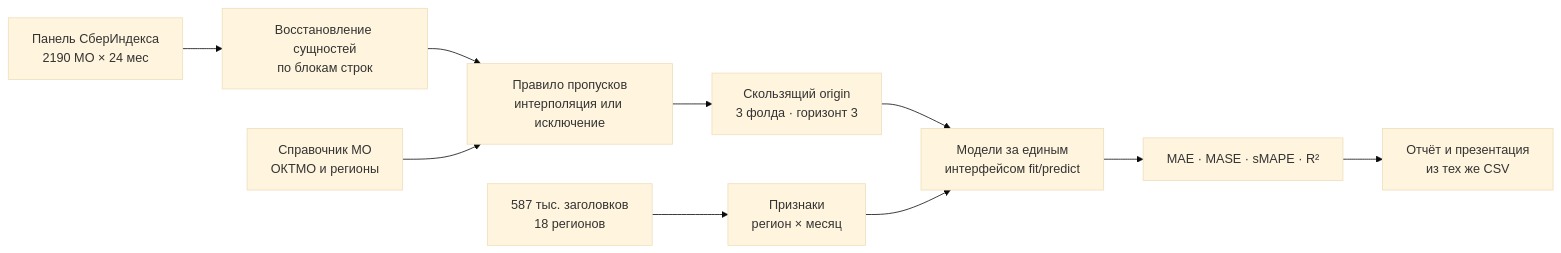
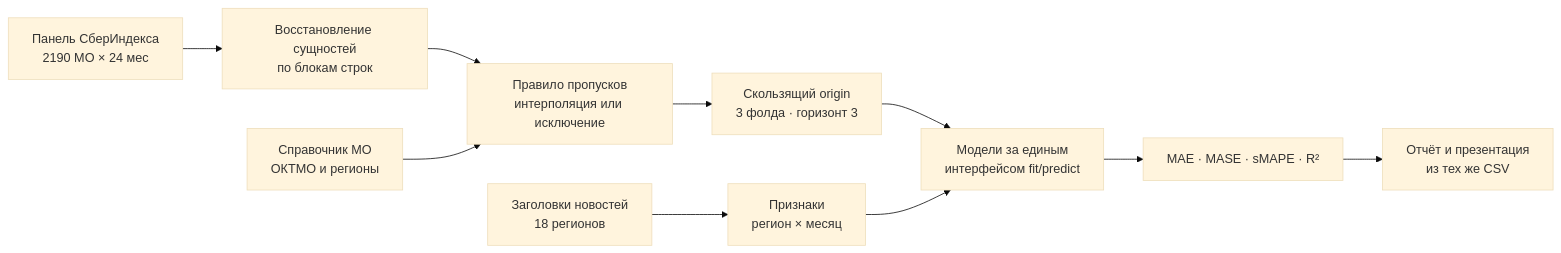
Before and after one commit to kr1zal/sberindex_konkurs: the diagram in report/slides.qmd, drawn with Mermaid (base theme). The commit also changed other lines of this file and 3 other files, not shown here.

````diff
--- a/report/slides.qmd
+++ b/report/slides.qmd
@@ -146,12 +149,12 @@
 ```{mermaid}
 flowchart LR
     A[Панель СберИндекса<br/>2190 МО × 24 мес] --> B[Восстановление сущностей<br/>по блокам строк]
     B --> C[Правило пропусков<br/>интерполяция или исключение]
     C --> D[Скользящий origin<br/>3 фолда · горизонт 3]
     D --> E[Модели за единым<br/>интерфейсом fit/predict]
     E --> F[MAE · MASE · sMAPE · R²]
     G[Справочник МО<br/>ОКТМО и регионы] --> C
-    H[587 тыс. заголовков<br/>18 регионов] --> I[Признаки<br/>регион × месяц]
+    H[Заголовки новостей<br/>18 регионов] --> I[Признаки<br/>регион × месяц]
     I --> E
     F --> J[Отчёт и презентация<br/>из тех же CSV]
 ```
````
